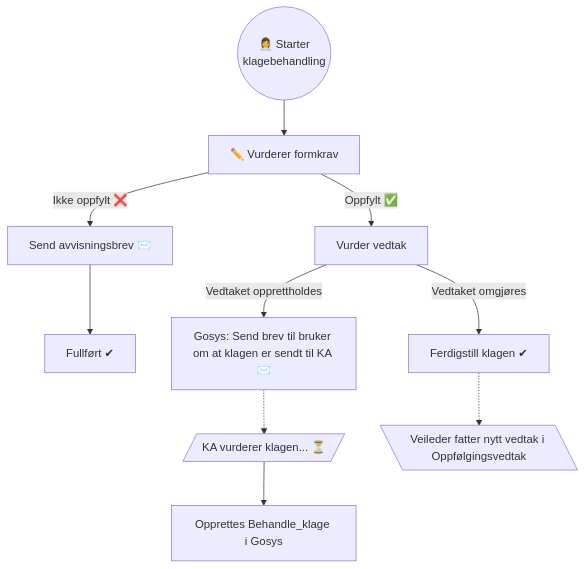
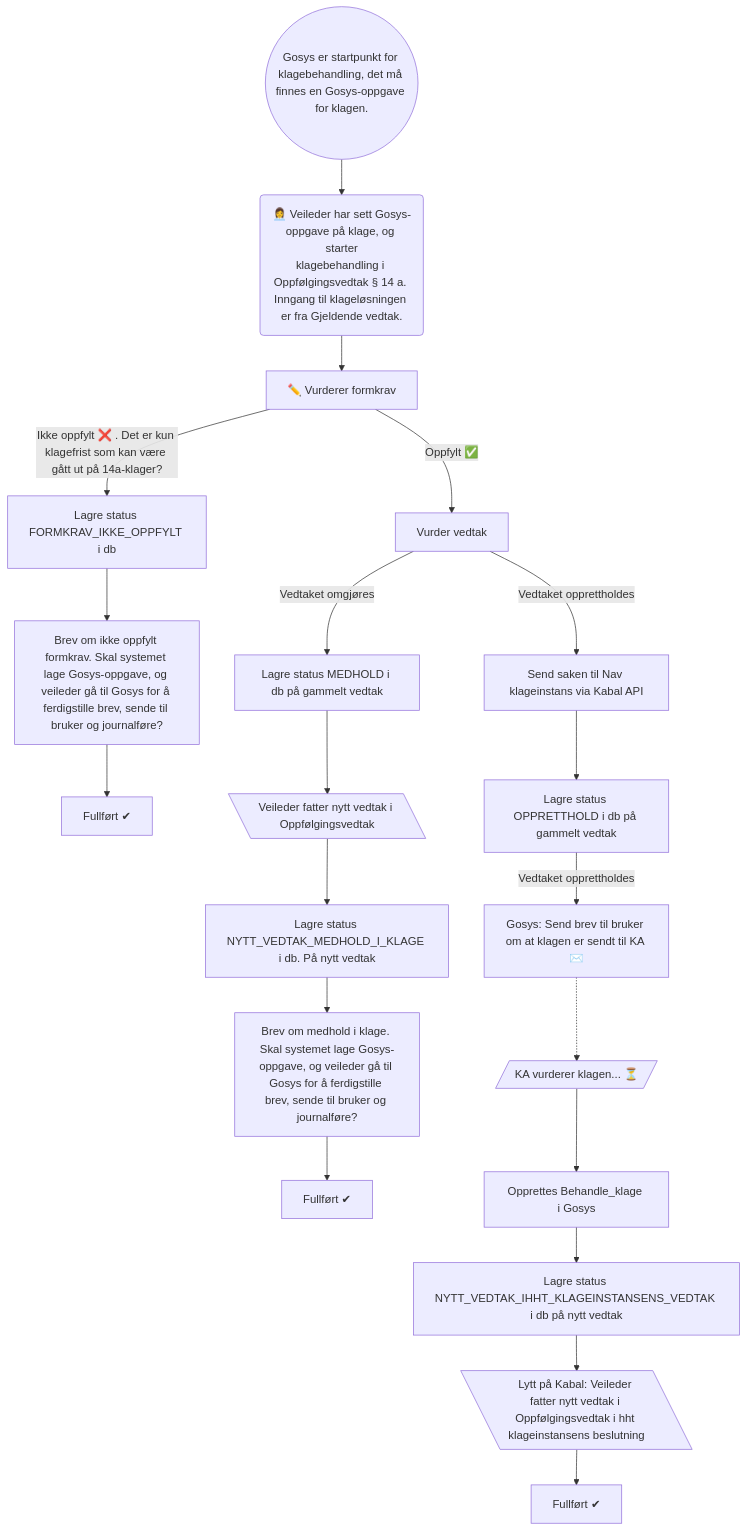
The diagram in skisse_klage.md (navikt/veilarboppgave), drawn with Mermaid before and after one commit.

Commit message:
Enhance klagebehandling flowchart in skisse_klage.md
Updated flowchart for klagebehandling process with additional steps and clarifications.

````diff
--- a/skisse_klage.md
+++ b/skisse_klage.md
@@ -1,13 +1,56 @@
 ```mermaid
 flowchart TD
-start((👩‍💼 Starter
-klagebehandling)) --> formkrav[✏️ Vurderer formkrav]
-formkrav -->|Ikke oppfylt ❌ | brev[Send avvisningsbrev ✉️]
-brev --> fullført[Fullført ✔︎]
-formkrav -->|Oppfylt ✅ | vedtak[Vurder vedtak]
-vedtak -->|Vedtaket omgjøres| ferdigstill[Ferdigstill klagen ✔︎]
-vedtak -->|Vedtaket opprettholdes| kaBrev[Gosys: Send brev til bruker om at klagen er sendt til KA ✉️]
-kaBrev -.-> kaVurderer[/KA vurderer klagen... ⏳/]
-kaVurderer --> opprettOppgave[Opprettes Behandle_klage i Gosys]
-ferdigstill -.-> rnyttVedtak[\Veileder fatter nytt vedtak i Oppfølgingsvedtak\]
+
+start((Gosys er startpunkt for klagebehandling, det må finnes en Gosys-oppgave for klagen.))
+    --> klageStart
+
+klageStart(👩‍💼 Veileder har sett Gosys-oppgave på klage, og starter
+klagebehandling i Oppfølgingsvedtak § 14 a. Inngang til klageløsningen er fra Gjeldende vedtak.)
+    --> formkrav
+
+formkrav[✏️ Vurderer formkrav]
+
+formkrav -->|Ikke oppfylt ❌ . Det er kun klagefrist som kan være gått ut på 14a-klager? | lagringIOF
+
+lagringIOF[Lagre status FORMKRAV_IKKE_OPPFYLT i db]
+    --> brevIOF
+
+brevIOF[Brev om ikke oppfylt formkrav. Skal systemet lage Gosys-oppgave, og veileder gå til Gosys for å ferdigstille brev, sende til bruker og journalføre?]
+    --> fullførtIOF
+
+fullførtIOF[Fullført ✔︎]
+fullførtMH[Fullført ✔︎]
+fullførtOPH[Fullført ✔︎]
+
+
+
+formkrav -->|Oppfylt ✅ | vedtak
+
+vedtak[Vurder vedtak]
+
+vedtak -->|Vedtaket omgjøres| lagringMH
+
+lagringMH[Lagre status MEDHOLD i db på gammelt vedtak] --> nyttVedtakMH
+nyttVedtakMH[\Veileder fatter nytt vedtak i Oppfølgingsvedtak\] --> lagringNyttVedtakMH
+lagringNyttVedtakMH[Lagre status NYTT_VEDTAK_MEDHOLD_I_KLAGE i db. På nytt vedtak] --> brevMH
+brevMH[Brev om medhold i klage. Skal systemet lage Gosys-oppgave, og veileder gå til Gosys for å ferdigstille brev, sende til bruker og journalføre?]
+    --> fullførtMH
+
+vedtak -->|Vedtaket opprettholdes| sendTilKabal
+sendTilKabal[Send saken til Nav klageinstans via Kabal API] --> lagringOPH
+
+lagringOPH[Lagre status OPPRETTHOLD i db på gammelt vedtak]
+    -->|Vedtaket opprettholdes| kaBrev
+
+kaBrev[Gosys: Send brev til bruker om at klagen er sendt til KA ✉️]
+    -.-> kaVurderer
+
+kaVurderer[/KA vurderer klagen... ⏳/]
+    --> opprettOppgave
+
+opprettOppgave[Opprettes Behandle_klage i Gosys] --> lagringNyttVedtakOPH
+
+lagringNyttVedtakOPH[Lagre status NYTT_VEDTAK_IHHT_KLAGEINSTANSENS_VEDTAK i db på nytt vedtak] --> nyttVedtakOPH
+nyttVedtakOPH[\Lytt på Kabal: Veileder fatter nytt vedtak i Oppfølgingsvedtak i hht klageinstansens beslutning\] --> fullførtOPH
+
 ```
````
